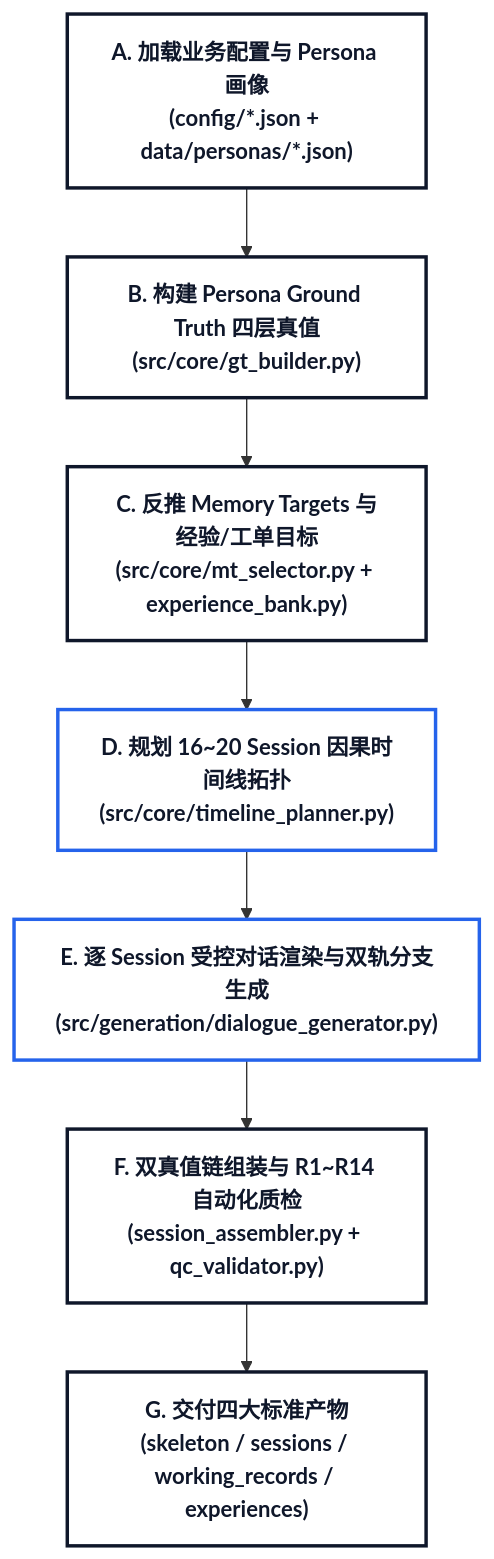
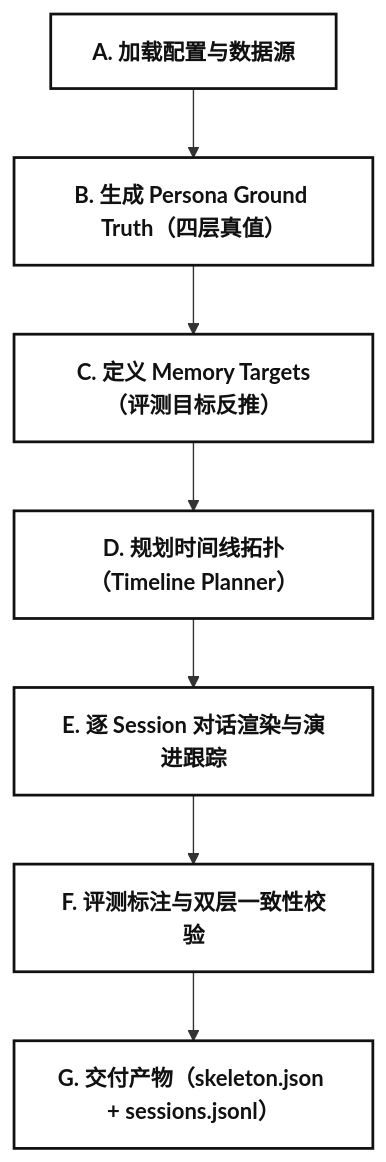
The first of 2 diagrams in docs/跨 Session 记忆数据集生成器思路.md (wangbanjin1/cross_data_gen), drawn with Mermaid before and after one commit. The commit also changed other lines of this file and 17 other files, not shown here.

Commit message:
refactor(docs): restore native Antigravity Mermaid rendering, remove self-generated diagrams, and standardize rigorous technical terminology

````diff
--- a/docs/跨 Session 记忆数据集生成器思路.md
+++ b/docs/跨 Session 记忆数据集生成器思路.md
@@ -30,12 +24,11 @@
 ```mermaid
 graph TD
-    classDef default fill:#FFFFFF,stroke:#0F172A,stroke-width:2.5px,color:#0F172A,font-weight:bold;
-    classDef highlight fill:#FFFFFF,stroke:#2563EB,stroke-width:2.5px,color:#0F172A,font-weight:bold;
+    classDef default fill:#FFFFFF,stroke:#111111,stroke-width:2px,color:#111111,font-weight:bold;
 
-    A["<b>A. 加载业务配置与 Persona 画像<br/>(config/*.json + data/personas/*.json)</b>"] --> B["<b>B. 构建 Persona Ground Truth 四层真值<br/>(src/core/gt_builder.py)</b>"]
-    B --> C["<b>C. 反推 Memory Targets 与经验/工单目标<br/>(src/core/mt_selector.py + experience_bank.py)</b>"]
-    C --> D["<b>D. 规划 16~20 Session 因果时间线拓扑<br/>(src/core/timeline_planner.py)</b>"]:::highlight
-    D --> E["<b>E. 逐 Session 受控对话渲染与双轨分支生成<br/>(src/generation/dialogue_generator.py)</b>"]:::highlight
-    E --> F["<b>F. 双真值链组装与 R1~R14 自动化质检<br/>(session_assembler.py + qc_validator.py)</b>"]
-    F --> G["<b>G. 交付四大标准产物<br/>(skeleton / sessions / working_records / experiences)</b>"]
+    A["<b>A. 加载配置与数据源</b>"] --> B["<b>B. 生成 Persona Ground Truth（四层真值）</b>"]
+    B --> C["<b>C. 定义 Memory Targets（评测目标反推）</b>"]
+    C --> D["<b>D. 规划时间线拓扑（Timeline Planner）</b>"]
+    D --> E["<b>E. 逐 Session 对话渲染与演进跟踪</b>"]
+    E --> F["<b>F. 评测标注与双层一致性校验</b>"]
+    F --> G["<b>G. 交付产物（skeleton.json + sessions.jsonl）</b>"]
 ```
````
